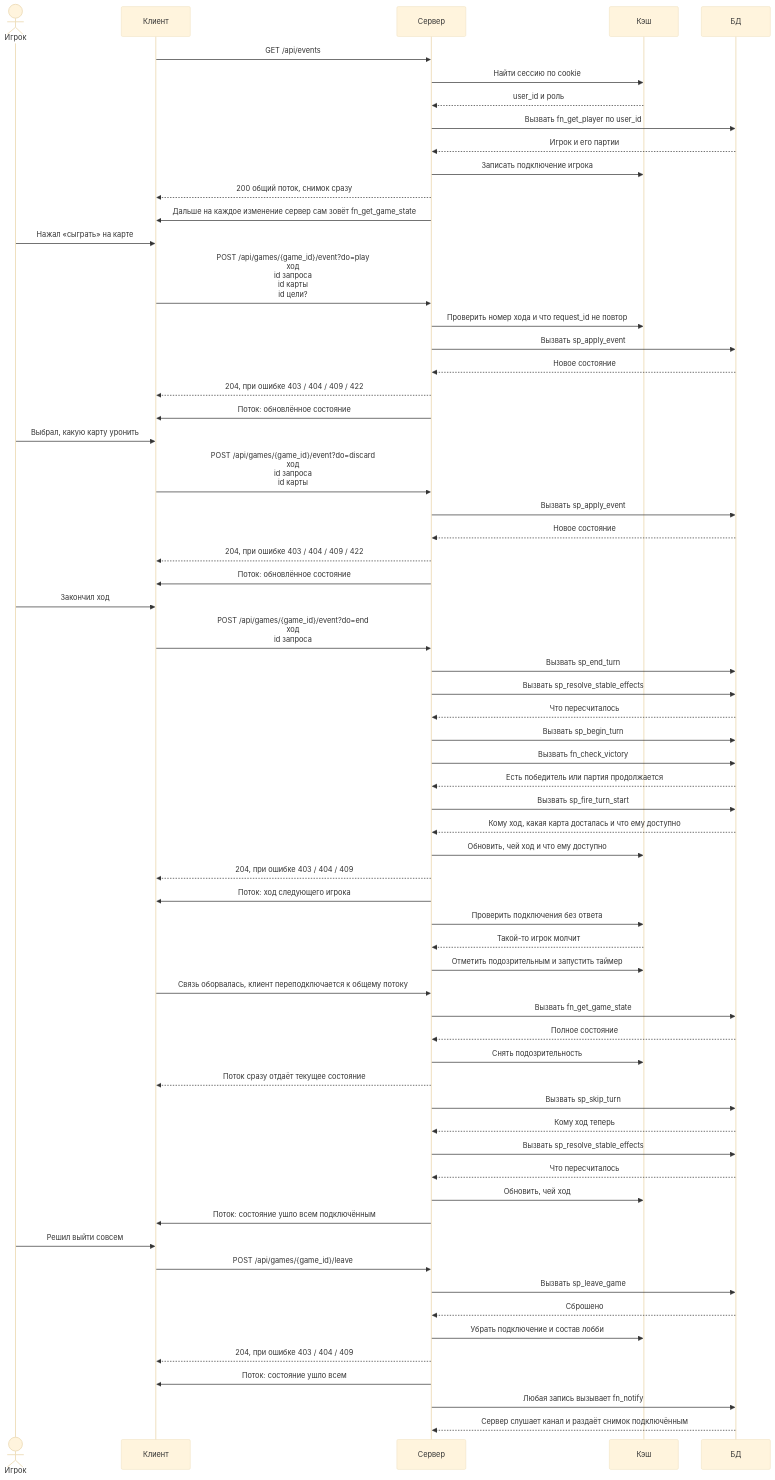
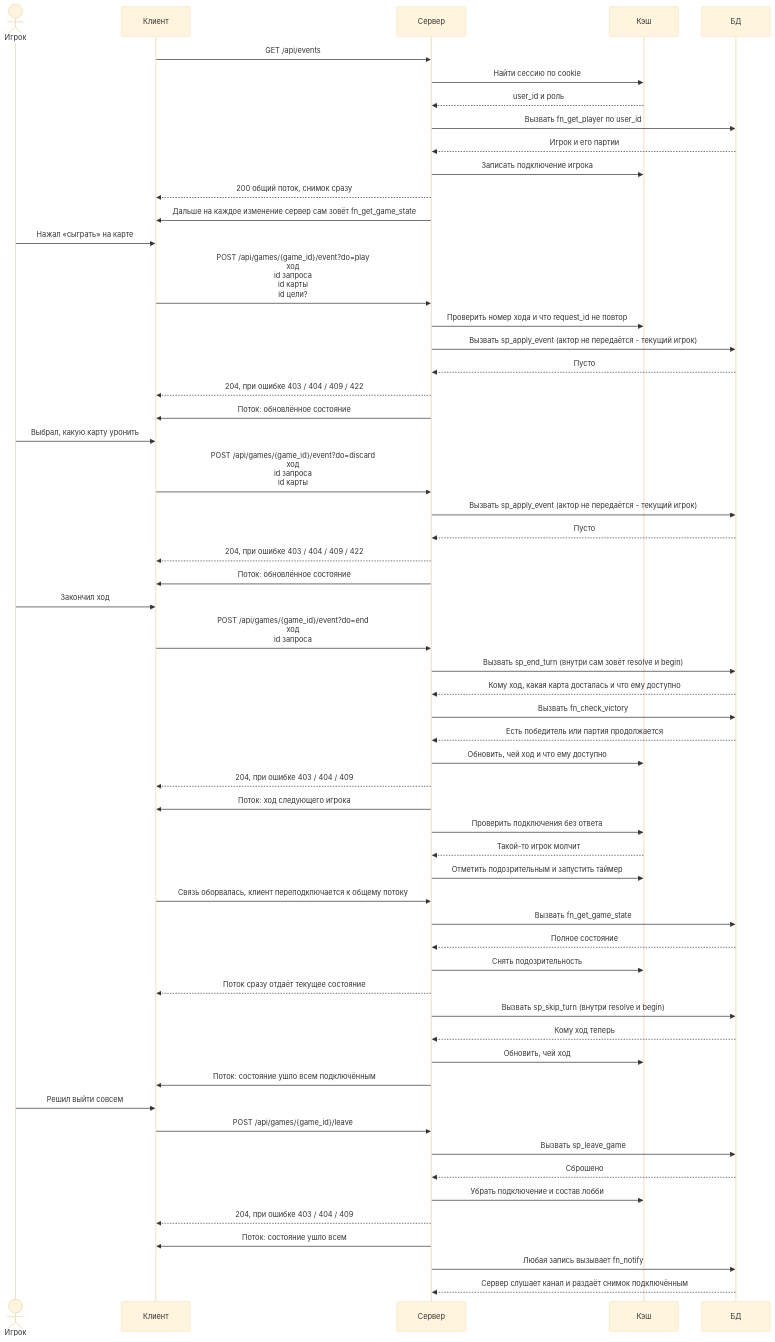
Before and after one commit to docup1/edin-game: the diagram in diagrams/game.mmd, drawn with Mermaid (base theme). The commit also changed 9 other files, not shown here.

```diff
--- a/diagrams/game.mmd
+++ b/diagrams/game.mmd
@@ -1,131 +1,127 @@
 %% Всё, что происходит во время партии: поток, ход, обрыв связи, пропуск, выход.
 %% Два эндпоинта: один event с действием в query и выход.
 %% Клиент оперирует картами и выбирает цель. Названия механик, назначение,
 %% количество и позиции определяет сервер - клиент их не знает и не видит.
 %% Связь и признак «кто на связи» - в кэше, все факты - в базе.
-%% Ошибки: 403 не его ход, 404 нет партии, 409 номер хода не совпал или
-%% повтор request_id, 422 карта не в available или цель не из присланного списка.
+%% Ошибки: 403 не его ход (сравнивает сервер по кэшу game:{id}:turn, до SQL),
+%% 404 нет партии, 409 номер хода не совпал или повтор request_id,
+%% 422 карта не в available или цель не из присланного списка. Актор в SQL не
+%% передаётся: действует текущий игрок, база проверяет лишь, что карта в его руке.
 %% Состояние в потоке всегда полное и приходит при любом изменении, отдельных
 %% событий про карты и ходы нет. Сессия лежит в кэше, поэтому перезапуск
 %% сервера теряет только входы, а факты об игре остаются в базе.
 sequenceDiagram
     actor U as Игрок
     participant C as Клиент
     participant S as Сервер
     participant K as Кэш
     participant D as БД
 
     C->>S: GET /api/events
     S->>K: Найти сессию по cookie
     K-->>S: user_id и роль
     S->>D: Вызвать fn_get_player по user_id
     D-->>S: Игрок и его партии
     S->>K: Записать подключение игрока
     S-->>C: 200 общий поток, снимок сразу
     S->>C: Дальше на каждое изменение сервер сам зовёт fn_get_game_state
 
     U->>C: Нажал «сыграть» на карте
     C->>S: POST /api/games/{game_id}/event?do=play<br/>ход<br/>id запроса<br/>id карты<br/>id цели?
     S->>K: Проверить номер хода и что request_id не повтор
-    S->>D: Вызвать sp_apply_event
-    D-->>S: Новое состояние
+    S->>D: Вызвать sp_apply_event (актор не передаётся - текущий игрок)
+    D-->>S: Пусто
     S-->>C: 204, при ошибке 403 / 404 / 409 / 422
     S->>C: Поток: обновлённое состояние
 
     U->>C: Выбрал, какую карту уронить
     C->>S: POST /api/games/{game_id}/event?do=discard<br/>ход<br/>id запроса<br/>id карты
-    S->>D: Вызвать sp_apply_event
-    D-->>S: Новое состояние
+    S->>D: Вызвать sp_apply_event (актор не передаётся - текущий игрок)
+    D-->>S: Пусто
     S-->>C: 204, при ошибке 403 / 404 / 409 / 422
     S->>C: Поток: обновлённое состояние
 
     U->>C: Закончил ход
     C->>S: POST /api/games/{game_id}/event?do=end<br/>ход<br/>id запроса
-    S->>D: Вызвать sp_end_turn
-    S->>D: Вызвать sp_resolve_stable_effects
-    D-->>S: Что пересчиталось
-    S->>D: Вызвать sp_begin_turn
+    S->>D: Вызвать sp_end_turn (внутри сам зовёт resolve и begin)
+    D-->>S: Кому ход, какая карта досталась и что ему доступно
     S->>D: Вызвать fn_check_victory
     D-->>S: Есть победитель или партия продолжается
-    S->>D: Вызвать sp_fire_turn_start
-    D-->>S: Кому ход, какая карта досталась и что ему доступно
     S->>K: Обновить, чей ход и что ему доступно
     S-->>C: 204, при ошибке 403 / 404 / 409
     S->>C: Поток: ход следующего игрока
 
     S->>K: Проверить подключения без ответа
     K-->>S: Такой-то игрок молчит
     S->>K: Отметить подозрительным и запустить таймер
     C->>S: Связь оборвалась, клиент переподключается к общему потоку
     S->>D: Вызвать fn_get_game_state
     D-->>S: Полное состояние
     S->>K: Снять подозрительность
     S-->>C: Поток сразу отдаёт текущее состояние
 
-    S->>D: Вызвать sp_skip_turn
+    S->>D: Вызвать sp_skip_turn (внутри resolve и begin)
     D-->>S: Кому ход теперь
-    S->>D: Вызвать sp_resolve_stable_effects
-    D-->>S: Что пересчиталось
     S->>K: Обновить, чей ход
     S->>C: Поток: состояние ушло всем подключённым
 
     U->>C: Решил выйти совсем
     C->>S: POST /api/games/{game_id}/leave
     S->>D: Вызвать sp_leave_game
     D-->>S: Сброшено
     S->>K: Убрать подключение и состав лобби
     S-->>C: 204, при ошибке 403 / 404 / 409
     S->>C: Поток: состояние ушло всем
 
     S->>D: Любая запись вызывает fn_notify
     D-->>S: Сервер слушает канал и раздаёт снимок подключённым
 
     %% available - просто список карт, которые можно сыграть. Названий механик
     %% клиент не знает. Если карте нужна цель, сервер пишет это прямо в
     %% карточке и присылает список целей, из которых игрок выбирает.
     %% Тело event при do=play: { turn, request_id, card_id, target_id? }.
     %% Действие живёт в query как do: play, discard, end. Тело при этом
     %% одно и то же для всех, поля зависят от действия.
     %% Добора из колоды отдельного действия нет: карта добирает механикой
     %% DRAW_FROM_DECK, то есть через play, а в начале хода карту берёт
     %% sp_begin_turn. Клиент не может взять из колоды просто так.
     %% do=discard кладёт указанную карту в сброс. Никаких названий механик
     %% в запросе нет.
     %% По карте сервер сам находит её механики и решает, куда её класть, сколько
     %% карт связано и на какую позицию. Разовые механики карты отрабатывают все
     %% разом, выбрать одну из нескольких нельзя. То, что осталось в стойке,
     %% живёт дальше по своим правилам.
     %% Одна операция - одна транзакция. Проверяется против состояния, а не против
     %% того, что прислал клиент. Не прошла - откат целиком и 422.
     %% Ответ пустой не потому, что серверу нечего сказать: состояние приходит
     %% в поток, а дублировать его значило бы отправить его дважды.
     %% event можно слать несколько подряд: каждый применяется сразу, поэтому
     %% следующий видит уже изменённое состояние, и порядок важен.
     %% Ограничения клиент не проверяет - сервер пересчитывает available.
     %% do=end сбрасывает лишние карты и закрывает ход, дальше открывает следующий
     %% сам, без запроса клиента.
     %% sp_resolve_stable_effects пересчитывает у всех PROTECT_STABLE,
     %% RESTRICT_CARD_PLAY и COUNT_AS_UNICORN. Счётчики длительности уменьшаются
     %% только за действительно сыгранные ходы, не за пропущенные - иначе чужой
     %% обрыв связи тратил бы всем защиту. Механика упала - пропускаем её, пишем
     %% в лог и идём дальше: одна сломанная карта не должна останавливать игру.
     %% sp_begin_turn выбирает следующего игрока и проверяет его ход на пропуск.
     %% Пропуск - не сыгранный ход: метка снимается, триггеры начала хода не
     %% запускаются. Пропуски подряд считаются, чтобы не зациклиться.
     %% sp_fire_turn_start срабатывает у стойл того, чей ход действительно
     %% открывается.
     %% Разорванную связь не считаем выходом сразу: ждём короткое время, вдруг
     %% это плохая связь. Догонять историю не нужно, снимок и так полный - клиент
     %% перерисовывает всё заново. Номера событий не храним и Last-Event-ID не
     %% шлём.
     %% Клиент не вернулся до конца таймера - ход переходит дальше по правилам,
     %% счётчик ходов увеличивается, чтобы игрок не накапливал ходы за время
     %% отсутствия. Пересчёт защит и запретов идёт как обычно, он не зависит от
     %% того, чей ход.
     %% sp_leave_game отправляет карты игрока в сброс, но сам игрок остаётся в
     %% партии с пустой рукой: выбывшим он не считается, место за ним сохраняется,
     %% поэтому join пускает его обратно даже после старта. Ход ему не вернётся,
     %% но состояние он увидит полностью. Ничего не теряется, потому что все
     %% факты о партии лежат в базе, а в кэше только сессии и подключения.
     %% Уведомления идут через базу, поэтому все экземпляры сервера видят одно и
     %% то же состояние.
```
